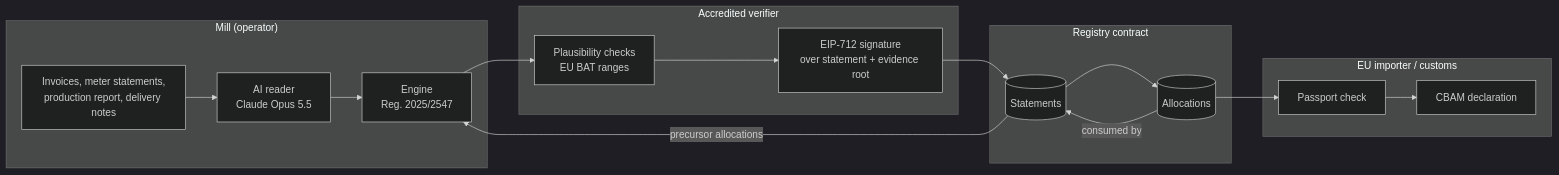
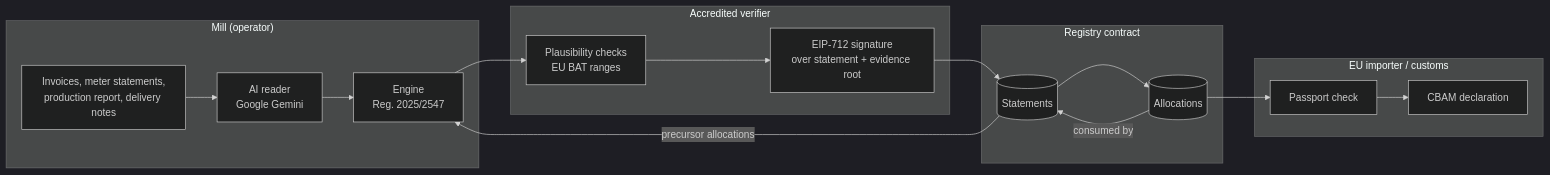
The diagram in docs/architecture.md (ZNLong2203/Ingot), drawn with Mermaid (dark theme) before and after one commit. The commit also changed other lines of this file and 8 other files, not shown here.

Commit message:
docs: name Gemini as the reader and GEMINI_API_KEY as its switch

````diff
--- a/docs/architecture.md
+++ b/docs/architecture.md
@@ -5,24 +5,24 @@
 ```mermaid
 flowchart LR
   subgraph Mill["Mill (operator)"]
     E[Invoices, meter statements,<br/>production report, delivery notes]
-    AI[AI reader<br/>Claude Opus 5.5]
+    AI[AI reader<br/>Google Gemini]
     ENG[Engine<br/>Reg. 2025/2547]
   end
   subgraph Verifier["Accredited verifier"]
     CHK[Plausibility checks<br/>EU BAT ranges]
     SIG[EIP-712 signature<br/>over statement + evidence root]
   end
   subgraph Chain["Registry contract"]
     ST[(Statements)]
     AL[(Allocations)]
   end
   subgraph Importer["EU importer / customs"]
     PP[Passport check]
     DEC[CBAM declaration]
   end
   E --> AI --> ENG --> CHK --> SIG --> ST
   ST -- precursor allocations --> ENG
   ST --> AL --> PP --> DEC
   AL -- consumed by --> ST
 ```
````
